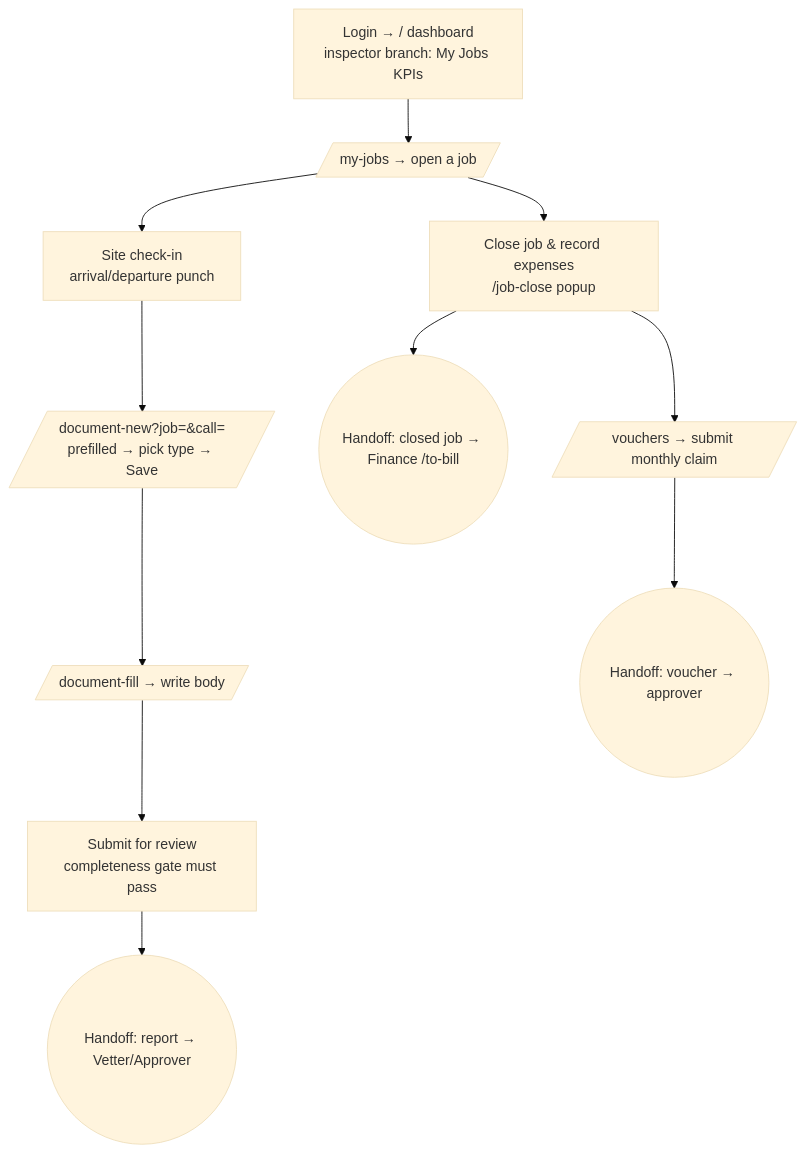
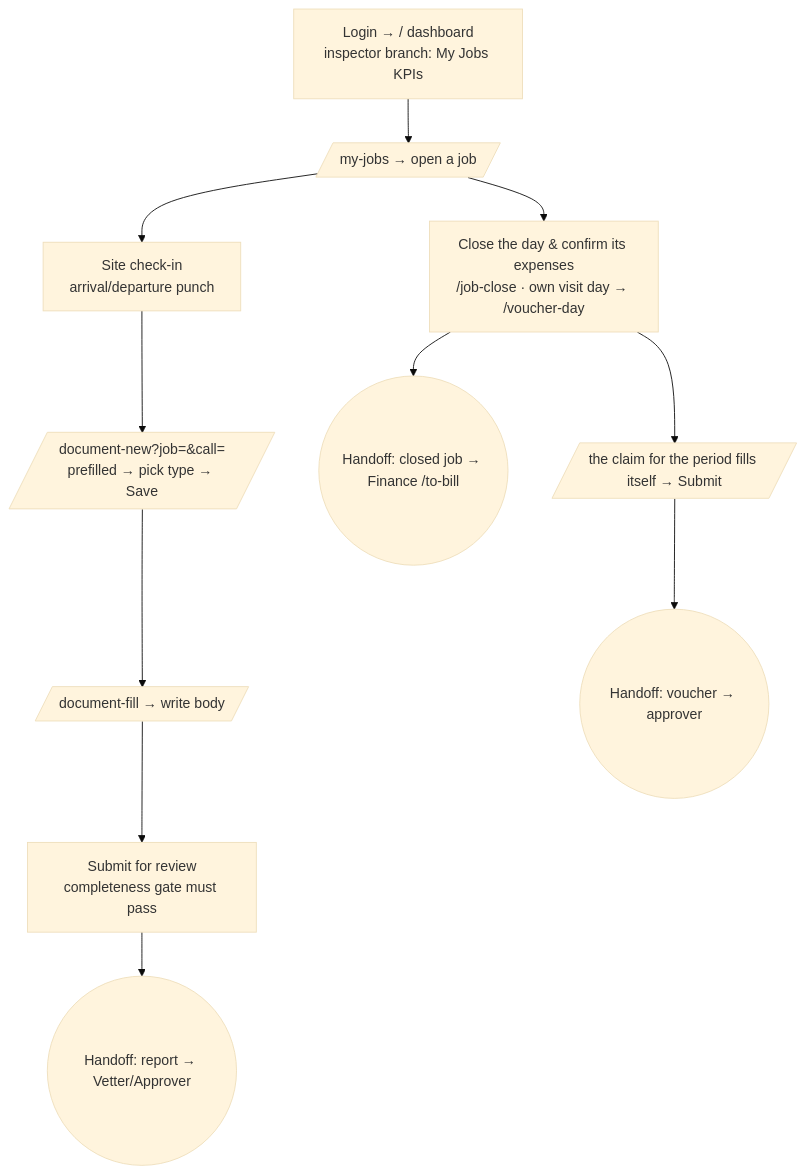
Before and after one commit to mehulblogger-pixel/Experiment_Operataion_Exaact-requirement: the diagram in docs/04-flows/inspector.md, drawn with Mermaid (base theme). The commit also changed other lines of this file and 11 other files, not shown here.

First line of the commit message:
Expenses Phase 1: docs (02 fn 2/3, 03 Voucher, flows, roles), N+1 reopen in register, test updates

````diff
--- a/docs/04-flows/inspector.md
+++ b/docs/04-flows/inspector.md
@@ -11,13 +11,13 @@
 ```mermaid
 flowchart TD
   A[Login → / dashboard<br/>inspector branch: My Jobs KPIs] --> B[/my-jobs → open a job/]
   B --> C[Site check-in<br/>arrival/departure punch]
   C --> D[/document-new?job=&call=<br/>prefilled → pick type → Save/]
   D --> E[/document-fill → write body/]
   E --> F[Submit for review<br/>completeness gate must pass]
   F --> G((Handoff: report → Vetter/Approver))
-  B --> H[Close job & record expenses<br/>/job-close popup]
+  B --> H[Close the day & confirm its expenses<br/>/job-close · own visit day → /voucher-day]
   H --> I((Handoff: closed job → Finance /to-bill))
-  H --> J[/vouchers → submit monthly claim/]
+  H --> J[/the claim for the period fills itself → Submit/]
   J --> K((Handoff: voucher → approver))
 ```
````
